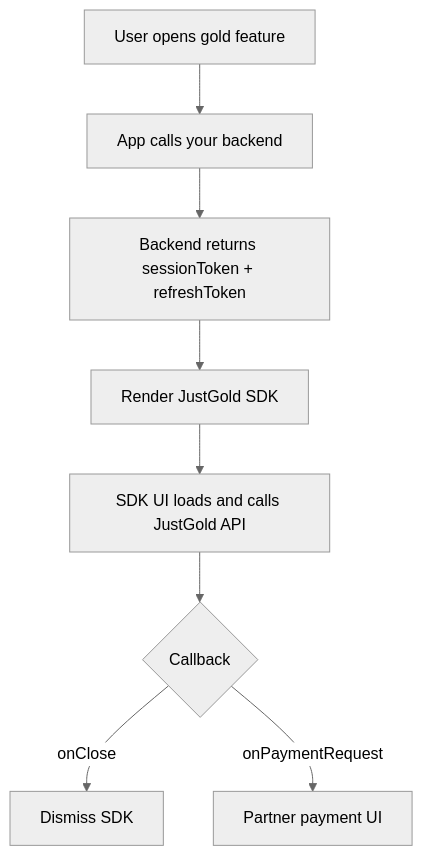
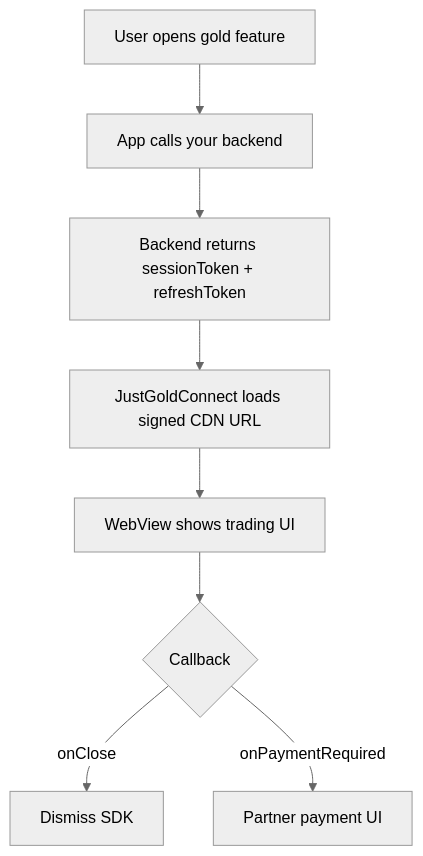
The diagram in sdk/flutter.md (Just-Gold-JG/docs), drawn with Mermaid (neutral theme) before and after one commit. The commit also changed other lines of this file and 4 other files, not shown here.

Commit message:
Update SDK documentation to reflect changes in callback methods and integration details for React Native and Flutter. Adjusted references to the JustGold CDN for UI loading and clarified session management requirements.

````diff
--- a/sdk/flutter.md
+++ b/sdk/flutter.md
@@ -9,12 +11,12 @@
 ```mermaid
 flowchart TD
     A[User opens gold feature] --> B[App calls your backend]
     B --> C[Backend returns sessionToken + refreshToken]
-    C --> D[Render JustGold SDK]
-    D --> E[SDK UI loads and calls JustGold API]
+    C --> D[JustGoldConnect loads signed CDN URL]
+    D --> E[WebView shows trading UI]
     E --> F{Callback}
     F -->|onClose| G[Dismiss SDK]
-    F -->|onPaymentRequest| H[Partner payment UI]
+    F -->|onPaymentRequired| H[Partner payment UI]
 
 
 ```
````
